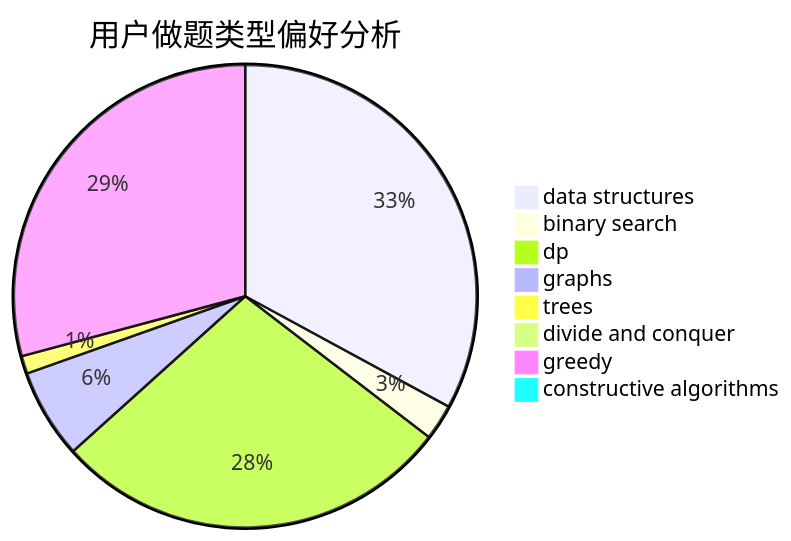
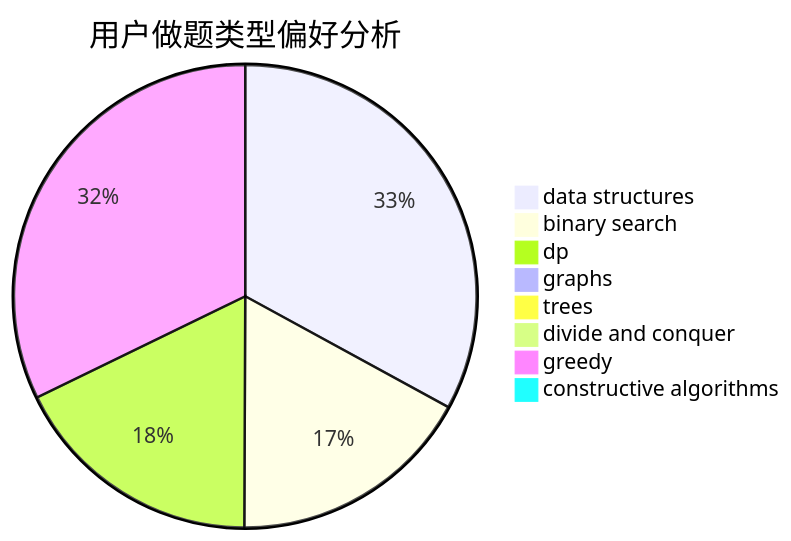
The second of 3 diagrams in docs/user/u1506.md (sherpahu/cfrs.github.io), drawn with Mermaid before and after one commit. The commit also changed other lines of this file and 2770 other files, not shown here.

````diff
--- a/docs/user/u1506.md
+++ b/docs/user/u1506.md
@@ -23,11 +23,11 @@
 ```mermaid
 pie title 用户做题类型偏好分析
-    "data structures" :  79
-    "binary search" :  6
-    "dp" :  67
-    "graphs" :  15
-    "trees" :  3
-    "divide and conquer" :  0
-    "greedy" :  70
-    "constructive algorithms" :  0
+    "data structures" :  782
+    "binary search" :  406
+    "dp" :  421
+    "graphs" :  8
+    "trees" :  9
+    "divide and conquer" :  9
+    "greedy" :  764
+    "constructive algorithms" :  2
 ```
````
